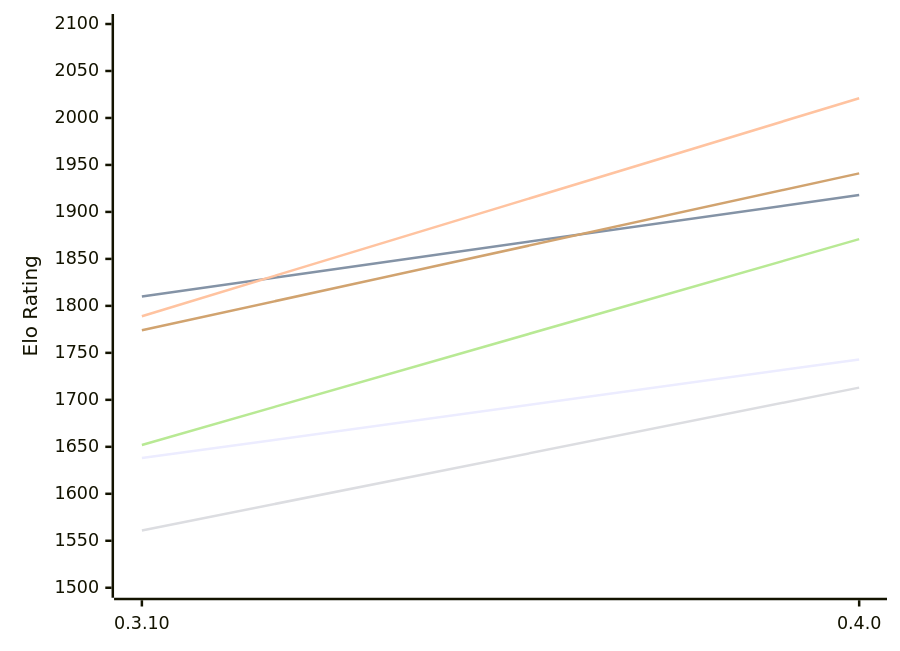
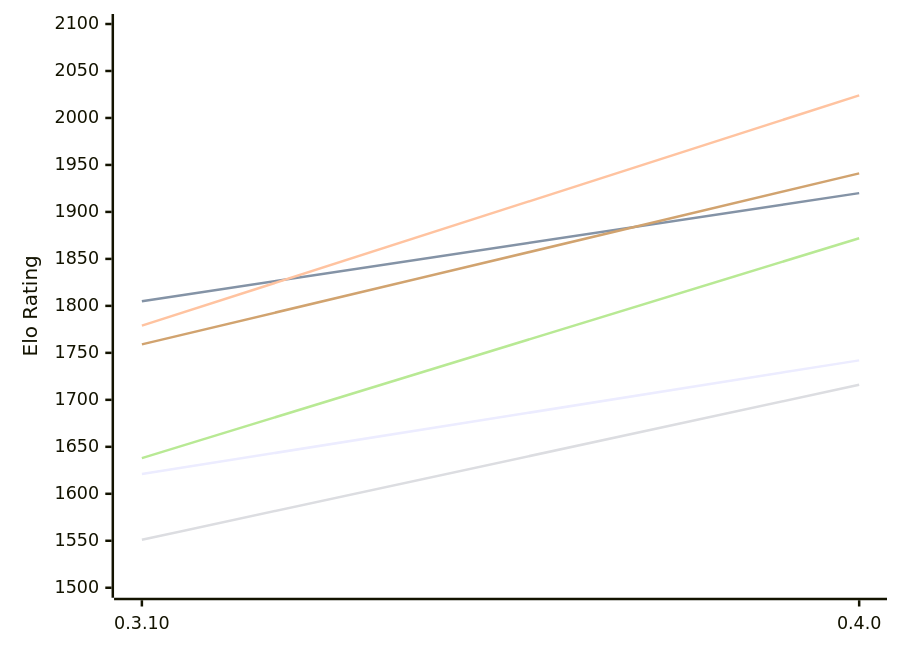
Before and after one commit to computer-chess-index/cci: the first of 2 diagrams in engines/Arche.md, drawn with Mermaid. The commit also changed other lines of this file, not shown here.

Commit message:
Update CCI Ratings (ELO VLTC) - 2026-11-16

````diff
--- a/engines/Arche.md
+++ b/engines/Arche.md
@@ -53,12 +53,12 @@
 ```mermaid
 %%{init: {"theme":"base","themeVariables":{"seriesColors:['#a3a3a3','#222221','#faa371']}}}%%
 xychart-beta
   x-axis ["0.3.10", "0.4.0"]
   y-axis "Elo Rating" 1500 --> 2100
-  line "E1: STC (8.0+0.08s)" [1638, 1743]
-  line "E1: LTC (60.0+0.60s)" [1810, 1918]
-  line "E1: VLTC (2m24s+1.12s)" [1789, 2021]
-  line "P1: STC (8.0+0.08s)" [1561, 1713]
-  line "P1: LTC (60.0+0.60s)" [1652, 1871]
-  line "P1: VLTC (2m24s+1.12s)" [1774, 1941]
+  line "E1: STC (8.0+0.08s)" [1621, 1742]
+  line "E1: LTC (60.0+0.60s)" [1805, 1920]
+  line "E1: VLTC (2m24s+1.12s)" [1779, 2024]
+  line "P1: STC (8.0+0.08s)" [1551, 1716]
+  line "P1: LTC (60.0+0.60s)" [1638, 1872]
+  line "P1: VLTC (2m24s+1.12s)" [1759, 1941]
 ```
````
